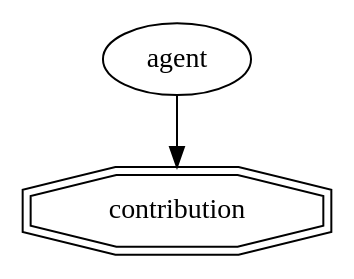
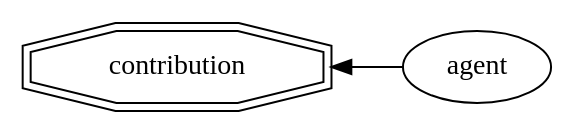
One commit to ledgerwatch/eth_state changed the second of 13 diagrams in Ethereum1x_definition.md. Above: the diagram before and after it, drawn with Graphviz. The commit also changed other lines of this file, not shown here.

````diff
--- a/Ethereum1x_definition.md
+++ b/Ethereum1x_definition.md
@@ -18,7 +19,8 @@
 ```graphviz
 digraph contributions {
+rankdir=LR;
 agent;
 contribution [shape="doubleoctagon"];
-agent -> contribution;
+contribution->agent [dir=back];
 }
 ```
````
